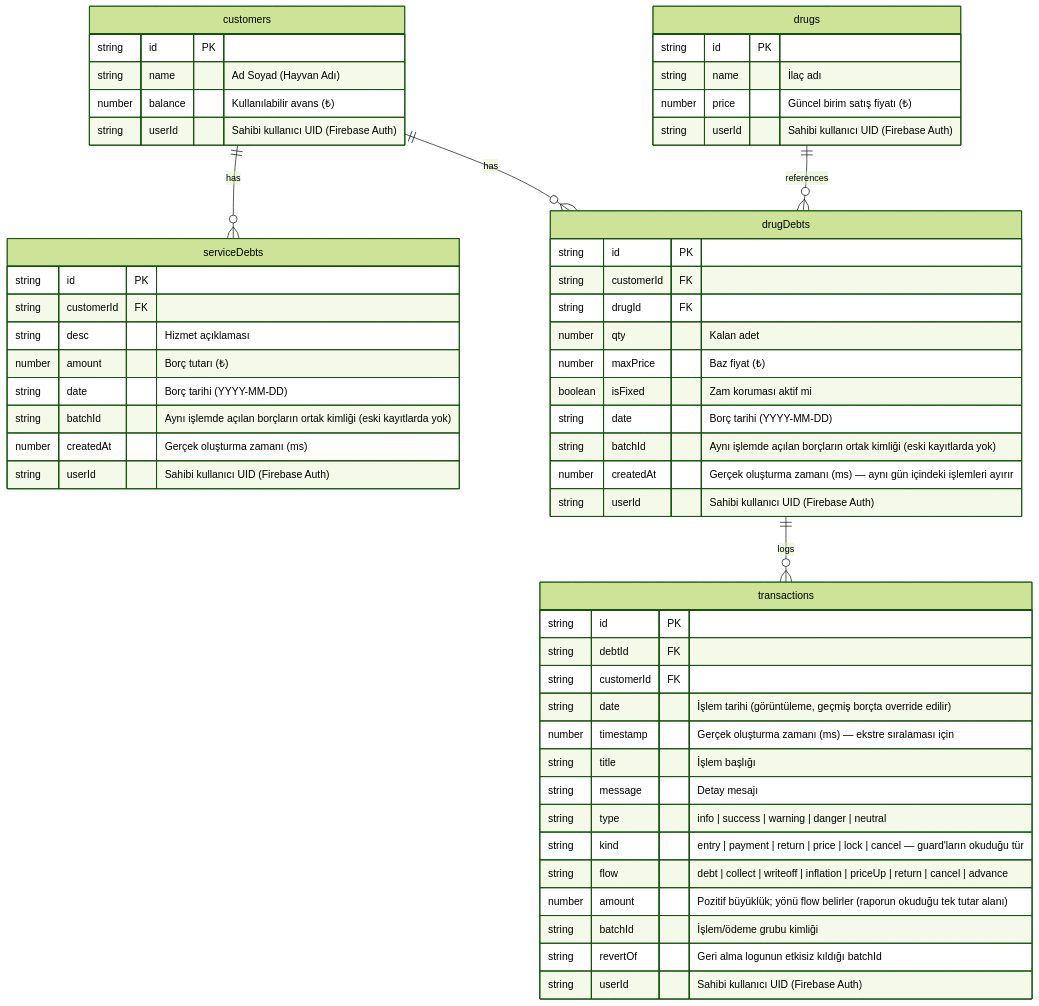
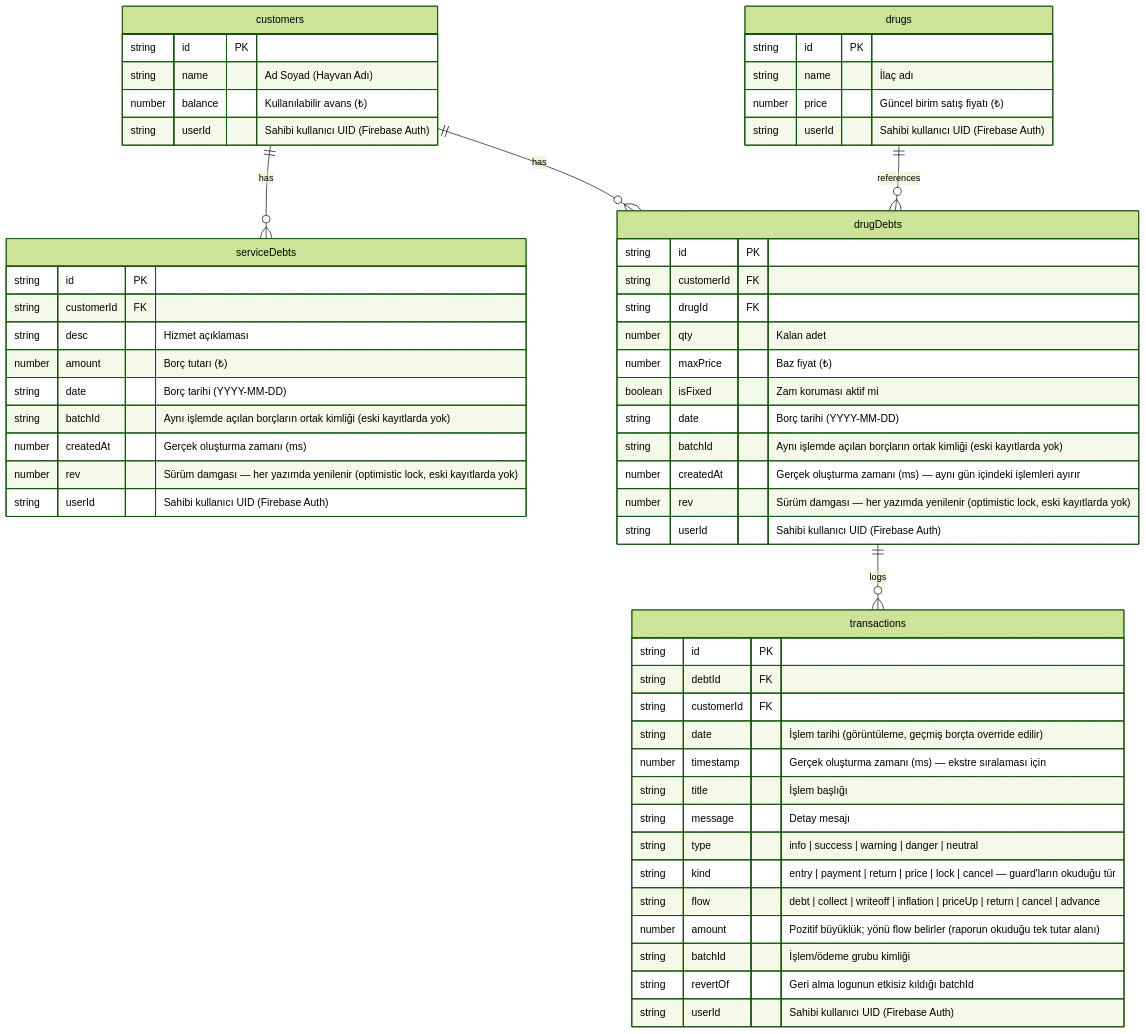
One commit to omerf-engin/vetcari-app changed the second of 4 diagrams in docs/ARCHITECTURE.md. Above: the diagram before and after it, drawn with Mermaid (forest theme). The commit also changed other lines of this file and 3 other files, not shown here.

````diff
--- a/docs/ARCHITECTURE.md
+++ b/docs/ARCHITECTURE.md
@@ -383,62 +398,64 @@
 ```mermaid
 erDiagram
     customers ||--o{ serviceDebts : "has"
     customers ||--o{ drugDebts : "has"
     drugDebts ||--o{ transactions : "logs"
     drugs ||--o{ drugDebts : "references"
 
     customers {
         string id PK
         string name "Ad Soyad (Hayvan Adı)"
         number balance "Kullanılabilir avans (₺)"
         string userId "Sahibi kullanıcı UID (Firebase Auth)"
     }
 
     drugs {
         string id PK
         string name "İlaç adı"
         number price "Güncel birim satış fiyatı (₺)"
         string userId "Sahibi kullanıcı UID (Firebase Auth)"
     }
 
     serviceDebts {
         string id PK
         string customerId FK
         string desc "Hizmet açıklaması"
         number amount "Borç tutarı (₺)"
         string date "Borç tarihi (YYYY-MM-DD)"
         string batchId "Aynı işlemde açılan borçların ortak kimliği (eski kayıtlarda yok)"
         number createdAt "Gerçek oluşturma zamanı (ms)"
+        number rev "Sürüm damgası — her yazımda yenilenir (optimistic lock, eski kayıtlarda yok)"
         string userId "Sahibi kullanıcı UID (Firebase Auth)"
     }
 
     drugDebts {
         string id PK
         string customerId FK
         string drugId FK
         number qty "Kalan adet"
         number maxPrice "Baz fiyat (₺)"
         boolean isFixed "Zam koruması aktif mi"
         string date "Borç tarihi (YYYY-MM-DD)"
         string batchId "Aynı işlemde açılan borçların ortak kimliği (eski kayıtlarda yok)"
         number createdAt "Gerçek oluşturma zamanı (ms) — aynı gün içindeki işlemleri ayırır"
+        number rev "Sürüm damgası — her yazımda yenilenir (optimistic lock, eski kayıtlarda yok)"
         string userId "Sahibi kullanıcı UID (Firebase Auth)"
     }
 
     transactions {
         string id PK
         string debtId FK
         string customerId FK
         string date "İşlem tarihi (görüntüleme, geçmiş borçta override edilir)"
         number timestamp "Gerçek oluşturma zamanı (ms) — ekstre sıralaması için"
         string title "İşlem başlığı"
         string message "Detay mesajı"
         string type "info | success | warning | danger | neutral"
         string kind "entry | payment | return | price | lock | cancel — guard'ların okuduğu tür"
         string flow "debt | collect | writeoff | inflation | priceUp | return | cancel | advance"
         number amount "Pozitif büyüklük; yönü flow belirler (raporun okuduğu tek tutar alanı)"
         string batchId "İşlem/ödeme grubu kimliği"
         string revertOf "Geri alma logunun etkisiz kıldığı batchId"
         string userId "Sahibi kullanıcı UID (Firebase Auth)"
     }
 ```
````
